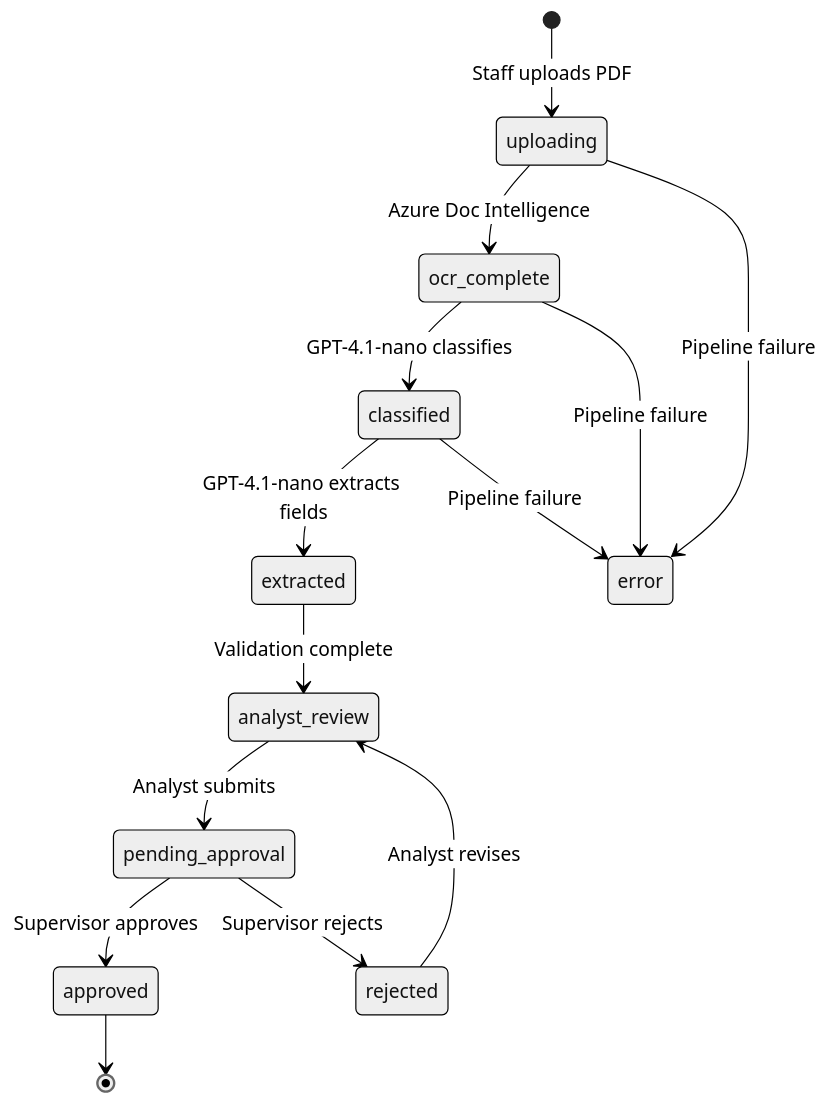
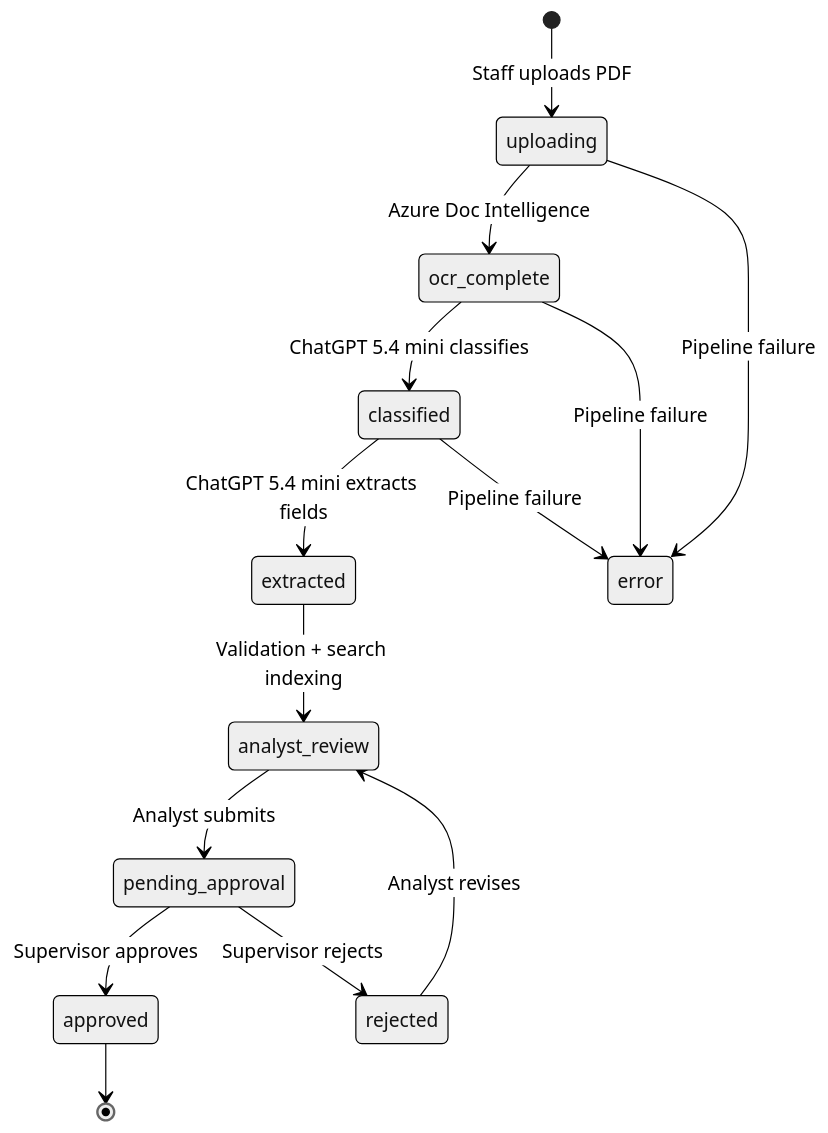
The fourth of 4 diagrams in README.md (drubiodev/hack-for-rva), drawn with Mermaid (neutral theme) before and after one commit. The commit also changed other lines of this file, not shown here.

First line of the commit message:
docs: rewrite README for v2 — chatbot, Azure SQL, AI Search, intelligence

````diff
--- a/README.md
+++ b/README.md
@@ -235,22 +285,22 @@
 ```mermaid
 stateDiagram-v2
     [*] --> uploading: Staff uploads PDF
 
     uploading --> ocr_complete: Azure Doc Intelligence
-    ocr_complete --> classified: GPT-4.1-nano classifies
-    classified --> extracted: GPT-4.1-nano extracts fields
-    extracted --> analyst_review: Validation complete
+    ocr_complete --> classified: ChatGPT 5.4 mini classifies
+    classified --> extracted: ChatGPT 5.4 mini extracts fields
+    extracted --> analyst_review: Validation + search indexing
 
     analyst_review --> pending_approval: Analyst submits
 
     pending_approval --> approved: Supervisor approves
     pending_approval --> rejected: Supervisor rejects
 
     rejected --> analyst_review: Analyst revises
 
     approved --> [*]
 
     uploading --> error: Pipeline failure
     ocr_complete --> error: Pipeline failure
     classified --> error: Pipeline failure
 ```
````
